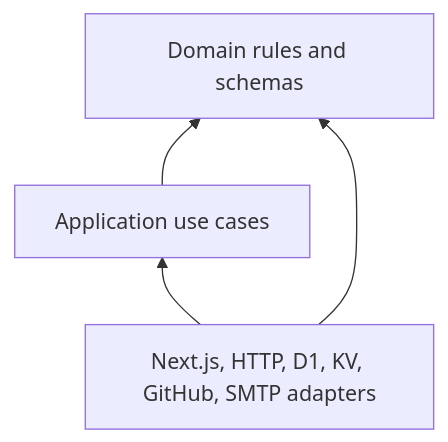
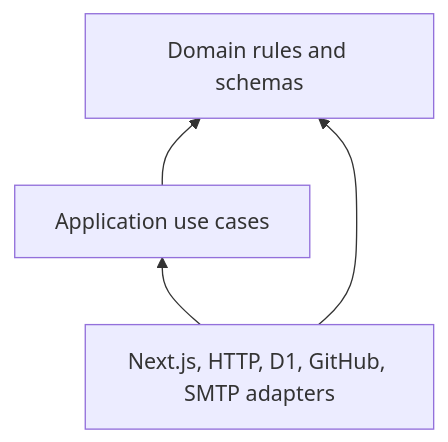
The fifth of 5 diagrams in docs/ARCHITECTURE.md (shamilaw-sci/CSC3213_20_Group_B), drawn with Mermaid before and after one commit. The commit also changed other lines of this file and 50 other files, not shown here.

````diff
--- a/docs/ARCHITECTURE.md
+++ b/docs/ARCHITECTURE.md
@@ -163,10 +181,10 @@
 ```mermaid
 flowchart BT
   Domain[Domain rules and schemas]
   UseCases[Application use cases]
-  Adapters[Next.js, HTTP, D1, KV, GitHub, SMTP adapters]
+  Adapters[Next.js, HTTP, D1, GitHub, SMTP adapters]
 
   UseCases --> Domain
   Adapters --> UseCases
   Adapters --> Domain
 ```
````
